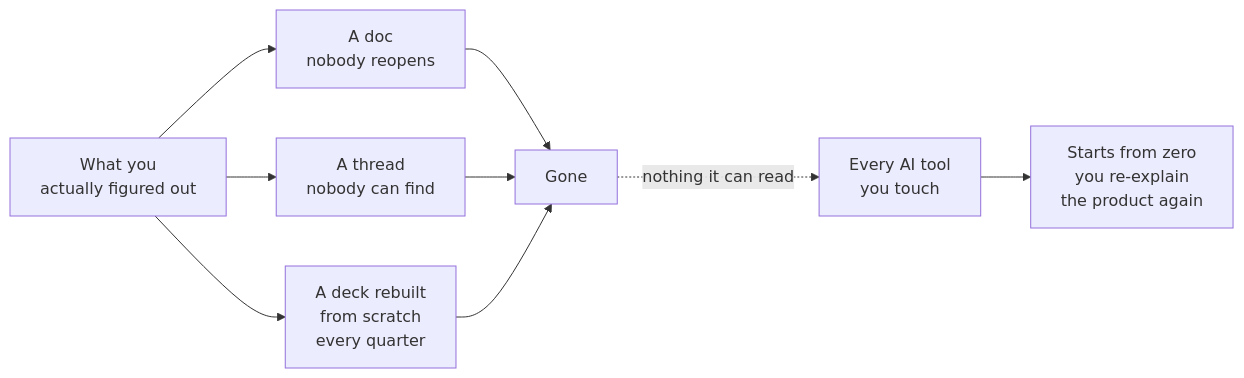
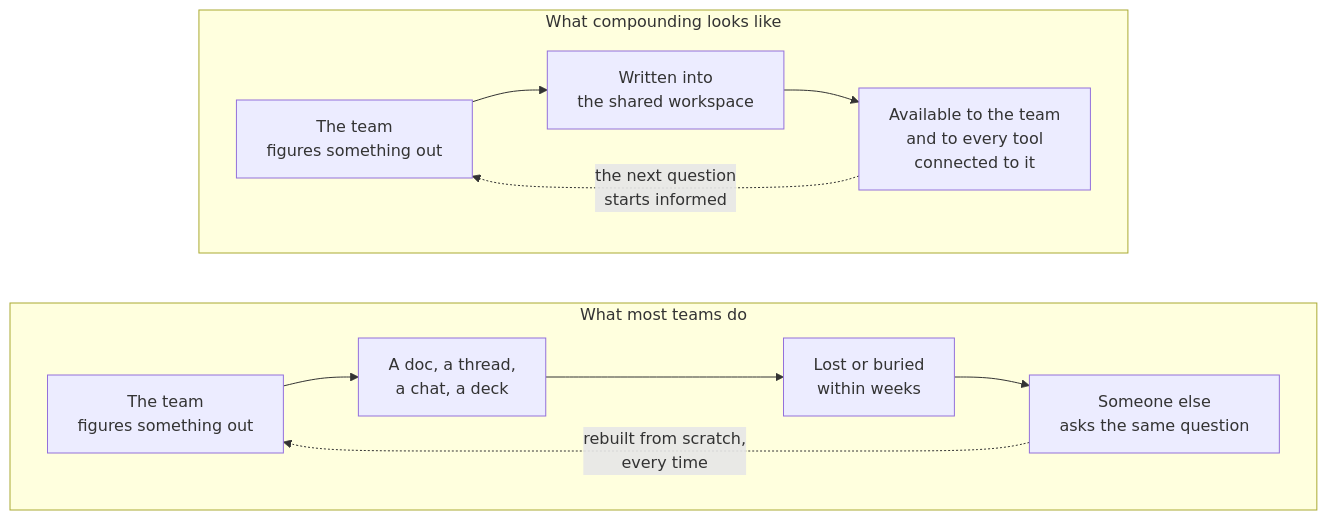
One commit to Productside/Productside-Github4PMs changed the diagram in docs/slides/00_the-problem.md. Above: the diagram before and after it, drawn with Mermaid. The commit also changed other lines of this file and 23 other files, not shown here.

````diff
--- a/docs/slides/00_the-problem.md
+++ b/docs/slides/00_the-problem.md
@@ -10,16 +10,20 @@
 ```mermaid
 flowchart LR
-  T["What you<br/>actually figured out"]
-  N["A doc<br/>nobody reopens"]
-  S["A thread<br/>nobody can find"]
-  D["A deck rebuilt<br/>from scratch<br/>every quarter"]
-  X["Gone"]
-  AI["Every AI tool<br/>you touch"]
-  Z["Starts from zero<br/>you re-explain<br/>the product again"]
-
-  T --> N --> X
-  T --> S --> X
-  T --> D --> X
-  AI --> Z
-  X -.->|"nothing it can read"| AI
+  subgraph R["What most teams do"]
+    direction LR
+    W["The team<br/>figures something out"]
+    D["A doc, a thread,<br/>a chat, a deck"]
+    L["Lost or buried<br/>within weeks"]
+    RE["Someone else<br/>asks the same question"]
+    W --> D --> L --> RE
+    RE -.->|"rebuilt from scratch,<br/>every time"| W
+  end
+  subgraph C["What compounding looks like"]
+    direction LR
+    T["The team<br/>figures something out"]
+    S["Written into<br/>the shared workspace"]
+    B["Available to the team<br/>and to every tool<br/>connected to it"]
+    T --> S --> B
+    B -.->|"the next question<br/>starts informed"| T
+  end
 ```
````
